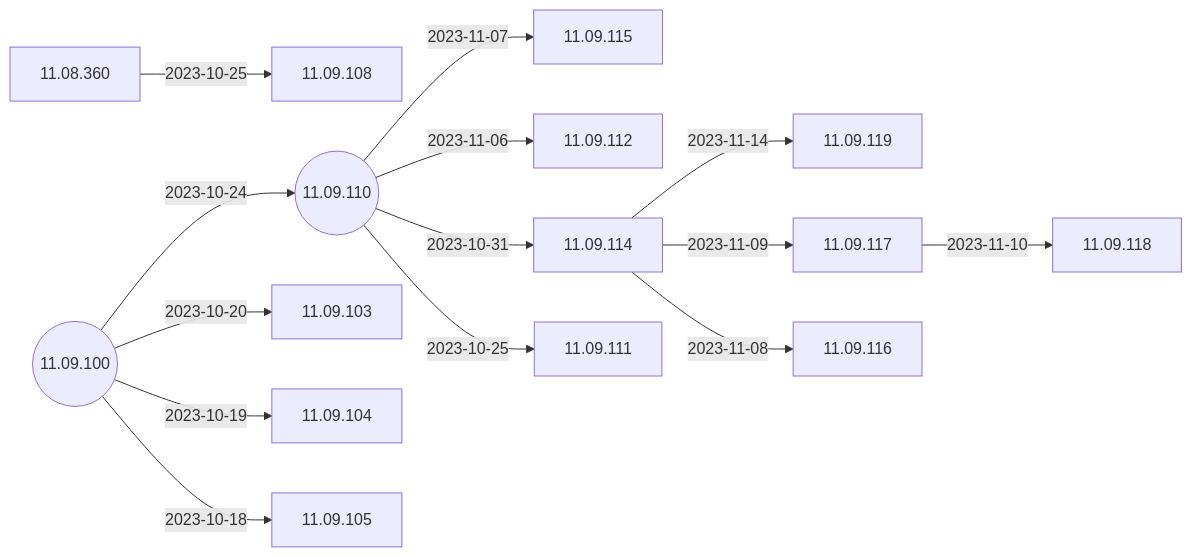
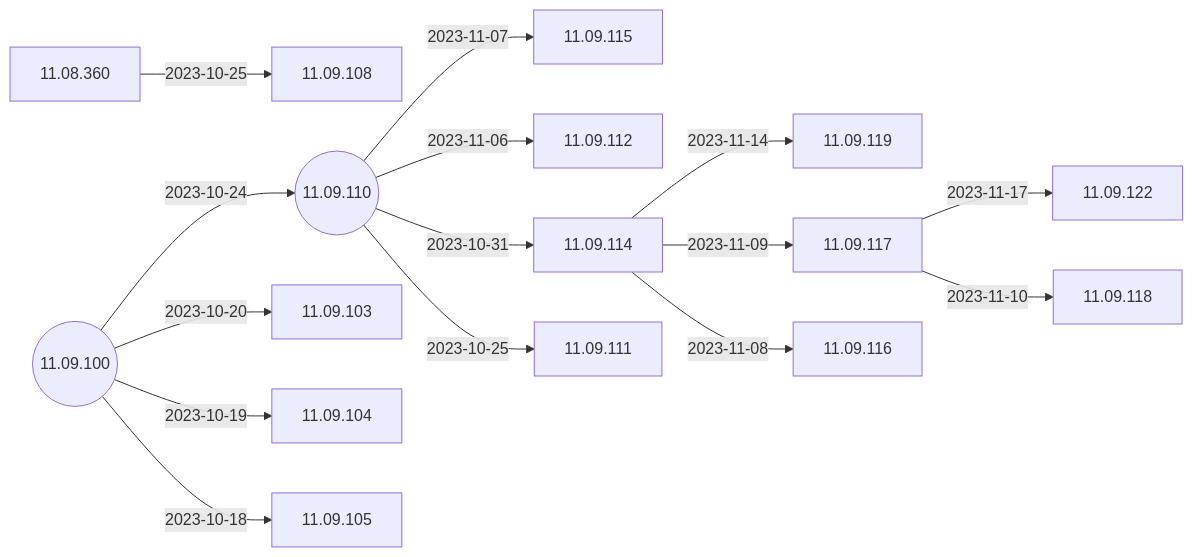
One commit to IGEL-Community/IGEL-Docs-v02 changed the second of 5 diagrams in docs/Docs/ReleaseNotes/01-OS11/README.md. Above: the diagram before and after it, drawn with Mermaid. The commit also changed 2 other files, not shown here.

Commit message:
11.09.122 < 11.09.117

````diff
--- a/docs/Docs/ReleaseNotes/01-OS11/README.md
+++ b/docs/Docs/ReleaseNotes/01-OS11/README.md
@@ -41,31 +41,33 @@
 ```mermaid
 flowchart LR
+    11.09.117-- 2023-11-17 -->11.09.122
     11.09.114-- 2023-11-14 -->11.09.119
     11.09.117-- 2023-11-10 -->11.09.118
     11.09.114-- 2023-11-09 -->11.09.117
     11.09.114-- 2023-11-08 -->11.09.116
     11.09.110-- 2023-11-07 -->11.09.115
     11.09.110-- 2023-11-06 -->11.09.112
     11.09.110-- 2023-10-31 -->11.09.114
     11.08.360-- 2023-10-25 -->11.09.108
     11.09.110-- 2023-10-25 -->11.09.111
     11.09.100-- 2023-10-24 -->11.09.110((11.09.110))
     11.09.100-- 2023-10-20 -->11.09.103
     11.09.100-- 2023-10-19 -->11.09.104
     11.09.100-- 2023-10-18 -->11.09.105
     11.09.100((11.09.100))
+    click 11.09.122 "https://github.com/IGEL-Community/IGEL-Docs-v02/tree/main/docs/Docs/ReleaseNotes/01-OS11/readme11.09.122.txt" _blank
     click 11.09.119 "https://github.com/IGEL-Community/IGEL-Docs-v02/tree/main/docs/Docs/ReleaseNotes/01-OS11/readme11.09.119.txt" _blank
     click 11.09.118 "https://github.com/IGEL-Community/IGEL-Docs-v02/tree/main/docs/Docs/ReleaseNotes/01-OS11/readme11.09.118.txt" _blank
     click 11.09.117 "https://github.com/IGEL-Community/IGEL-Docs-v02/tree/main/docs/Docs/ReleaseNotes/01-OS11/readme11.09.117.txt" _blank
     click 11.09.116 "https://github.com/IGEL-Community/IGEL-Docs-v02/tree/main/docs/Docs/ReleaseNotes/01-OS11/readme11.09.116.txt" _blank
     click 11.09.115 "https://github.com/IGEL-Community/IGEL-Docs-v02/tree/main/docs/Docs/ReleaseNotes/01-OS11/readme11.09.115.txt" _blank
     click 11.09.112 "https://github.com/IGEL-Community/IGEL-Docs-v02/tree/main/docs/Docs/ReleaseNotes/01-OS11/readme11.09.112.txt" _blank
     click 11.09.114 "https://github.com/IGEL-Community/IGEL-Docs-v02/tree/main/docs/Docs/ReleaseNotes/01-OS11/readme11.09.114.txt" _blank
     click 11.09.108 "https://github.com/IGEL-Community/IGEL-Docs-v02/tree/main/docs/Docs/ReleaseNotes/01-OS11/readme11.09.108.txt" _blank
     click 11.09.111 "https://github.com/IGEL-Community/IGEL-Docs-v02/tree/main/docs/Docs/ReleaseNotes/01-OS11/readme11.09.111.txt" _blank
     click 11.09.110 "https://github.com/IGEL-Community/IGEL-Docs-v02/tree/main/docs/Docs/ReleaseNotes/01-OS11/readme11.09.110.txt" _blank
     click 11.09.103 "https://github.com/IGEL-Community/IGEL-Docs-v02/tree/main/docs/Docs/ReleaseNotes/01-OS11/readme11.09.103.txt" _blank
     click 11.09.104 "https://github.com/IGEL-Community/IGEL-Docs-v02/tree/main/docs/Docs/ReleaseNotes/01-OS11/readme11.09.104.txt" _blank
     click 11.09.105 "https://github.com/IGEL-Community/IGEL-Docs-v02/tree/main/docs/Docs/ReleaseNotes/01-OS11/readme11.09.105.txt" _blank
     click 11.09.100 "https://github.com/IGEL-Community/IGEL-Docs-v02/tree/main/docs/Docs/ReleaseNotes/01-OS11/readme11.09.100.txt" _blank
 ```
````
